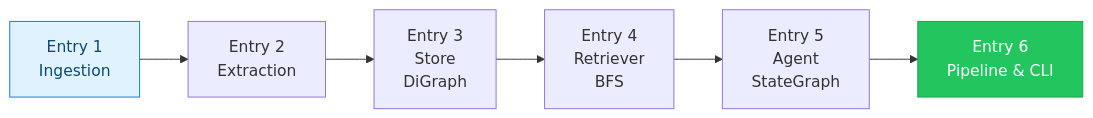
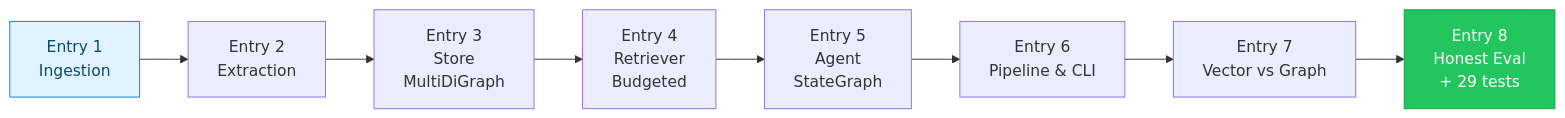
Before and after one commit to manishwvn/graph_rag: the first of 9 diagrams in LEARNINGS.md, drawn with Mermaid. The commit also changed other lines of this file and 30 other files, not shown here.

First line of the commit message:
feat: vector vs graph RAG comparison, with a corrected evaluation

````diff
--- a/LEARNINGS.md
+++ b/LEARNINGS.md
@@ -16,10 +21,12 @@
 ```mermaid
 graph LR
   E1["Entry 1<br/>Ingestion"] --> E2["Entry 2<br/>Extraction"]
-  E2 --> E3["Entry 3<br/>Store<br/>DiGraph"]
-  E3 --> E4["Entry 4<br/>Retriever<br/>BFS"]
+  E2 --> E3["Entry 3<br/>Store<br/>MultiDiGraph"]
+  E3 --> E4["Entry 4<br/>Retriever<br/>Budgeted"]
   E4 --> E5["Entry 5<br/>Agent<br/>StateGraph"]
   E5 --> E6["Entry 6<br/>Pipeline & CLI"]
-  style E6 fill:#22C55E,stroke:#16A34A,color:#fff
+  E6 --> E7["Entry 7<br/>Vector vs Graph"]
+  E7 --> E8["Entry 8<br/>Honest Eval<br/>+ 29 tests"]
+  style E8 fill:#22C55E,stroke:#16A34A,color:#fff
   style E1 fill:#E0F2FE,stroke:#0284C7,color:#0C4A6E
 ```
````
